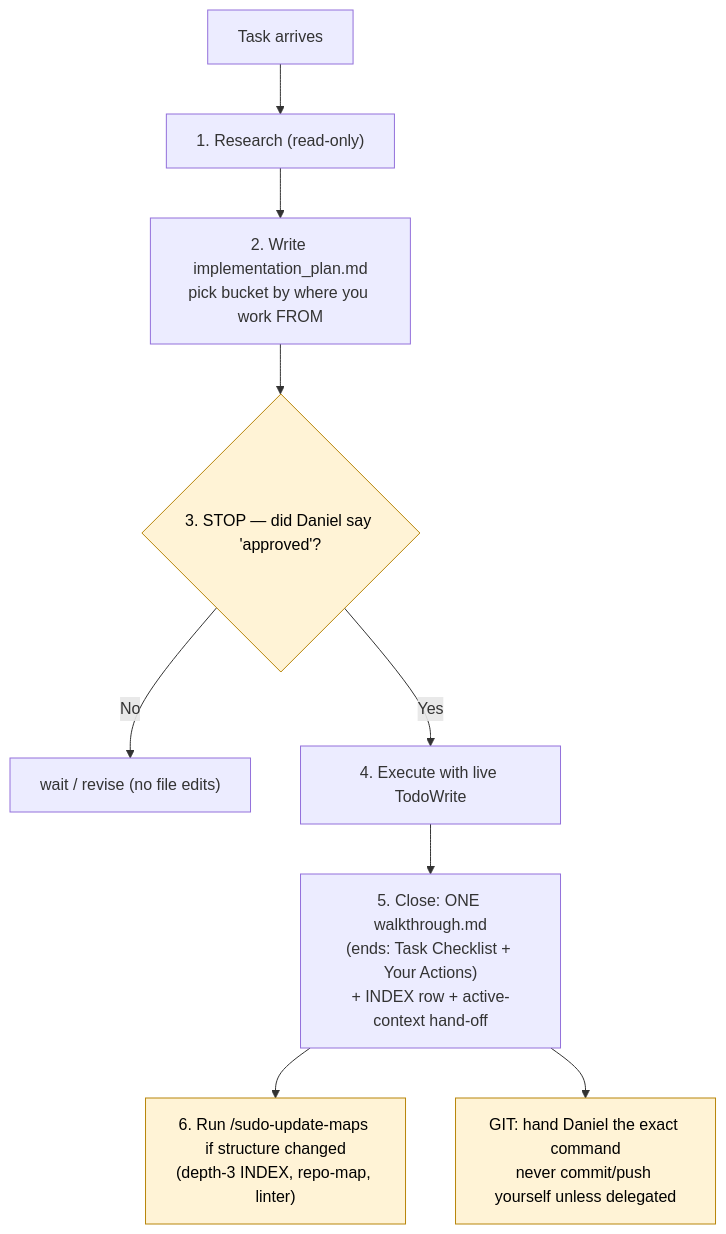
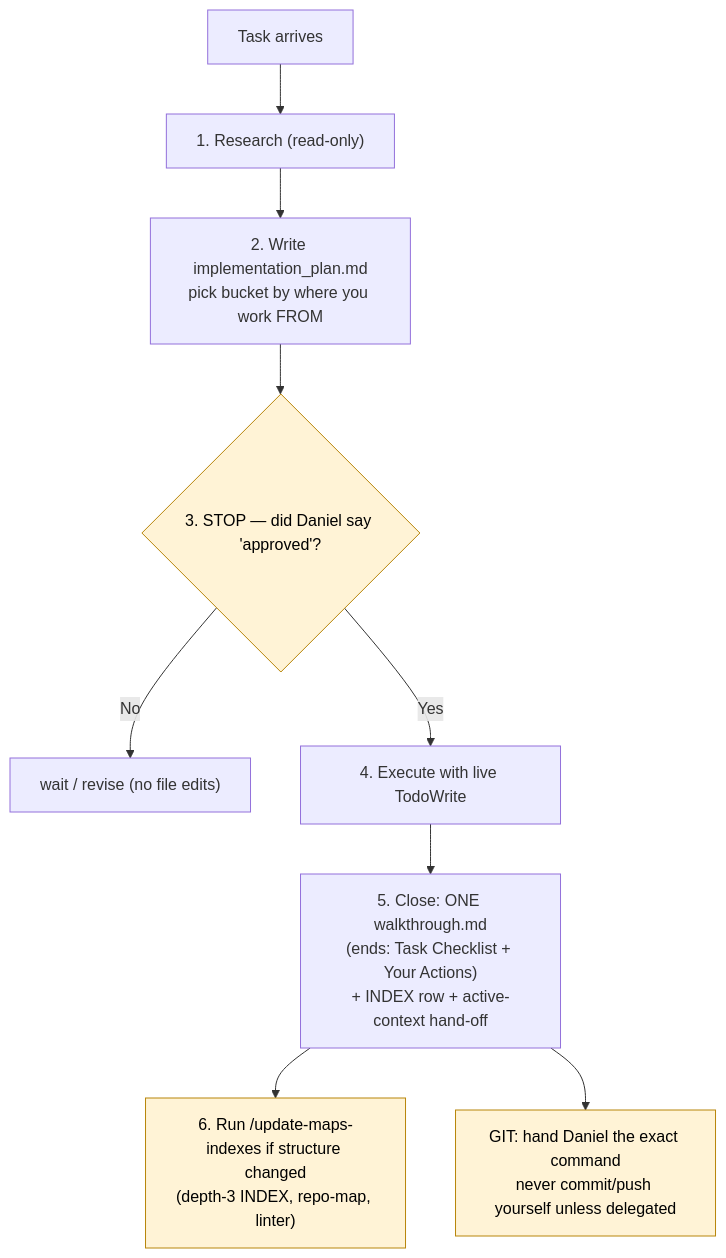
Before and after one commit to sudomadhatter/Sudo_Hatter_Command: the third of 6 diagrams in _my_resources/diagrams_guides/system/file_folder_structure+maintaining.md, drawn with Mermaid. The commit also changed other lines of this file and 32 other files, not shown here.

Commit message:
feat: initialize Sudo Hatter Command center with modular agent tooling, documentation graph, and synchronization utilities.

````diff
--- a/_my_resources/diagrams_guides/system/file_folder_structure+maintaining.md
+++ b/_my_resources/diagrams_guides/system/file_folder_structure+maintaining.md
@@ -120,14 +120,14 @@
 ```mermaid
 flowchart TD
     REQ["Task arrives"] --> RES["1. Research (read-only)"]
     RES --> PW["2. Write implementation_plan.md\npick bucket by where you work FROM"]
     PW --> GATE{"3. STOP — did Daniel say 'approved'?"}
     GATE -- "No" --> WAIT["wait / revise (no file edits)"]
     GATE -- "Yes" --> EX["4. Execute with live TodoWrite"]
     EX --> CL["5. Close: ONE walkthrough.md\n(ends: Task Checklist + Your Actions)\n+ INDEX row + active-context hand-off"]
-    CL --> MAPS["6. Run /sudo-update-maps if structure changed\n(depth-3 INDEX, repo-map, linter)"]
+    CL --> MAPS["6. Run /update-maps-indexes if structure changed\n(depth-3 INDEX, repo-map, linter)"]
     CL --> GIT["GIT: hand Daniel the exact command\nnever commit/push yourself unless delegated"]
 
     classDef gate fill:#fff3d6,stroke:#b8860b,color:#000
     class GATE,GIT,MAPS gate
 ```
````
